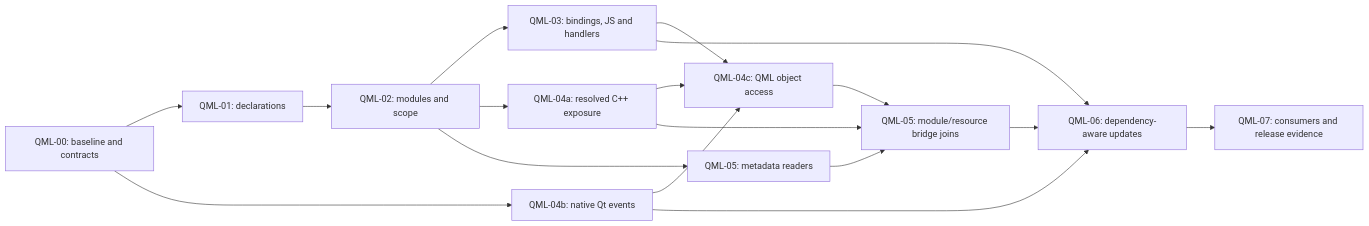
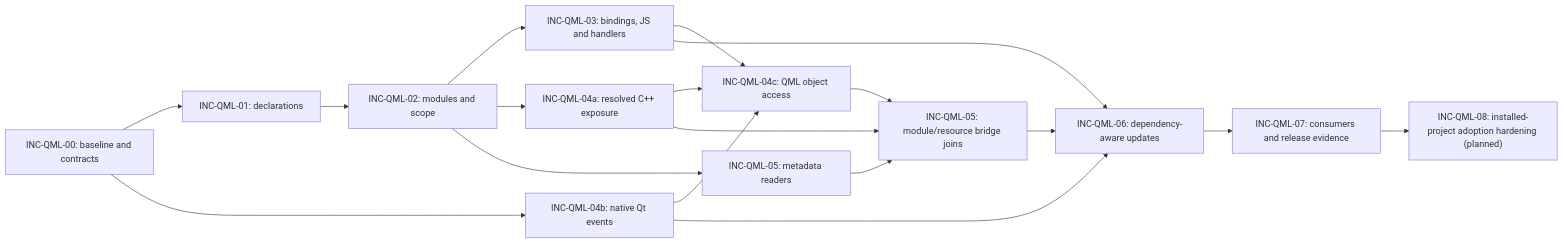
The diagram in docs/qt-qml/PLAN.md (Graphify-Labs/graphify), drawn with Mermaid before and after one commit. The commit also changed other lines of this file and 23 other files, not shown here.

Commit message:
feat: harden native Qt syntax and document adoption scope

````diff
--- a/docs/qt-qml/PLAN.md
+++ b/docs/qt-qml/PLAN.md
@@ -51,19 +61,20 @@
 ```mermaid
 flowchart LR
-    baseline["QML-00: baseline and contracts"] --> declarations["QML-01: declarations"]
-    declarations --> modules["QML-02: modules and scope"]
-    modules --> interactions["QML-03: bindings, JS and handlers"]
-    baseline --> events["QML-04b: native Qt events"]
-    modules --> exposure["QML-04a: resolved C++ exposure"]
-    modules --> readers["QML-05: metadata readers"]
-    interactions --> access["QML-04c: QML object access"]
+    baseline["INC-QML-00: baseline and contracts"] --> declarations["INC-QML-01: declarations"]
+    declarations --> modules["INC-QML-02: modules and scope"]
+    modules --> interactions["INC-QML-03: bindings, JS and handlers"]
+    baseline --> events["INC-QML-04b: native Qt events"]
+    modules --> exposure["INC-QML-04a: resolved C++ exposure"]
+    modules --> readers["INC-QML-05: metadata readers"]
+    interactions --> access["INC-QML-04c: QML object access"]
     exposure --> access
     events --> access
-    readers --> joined["QML-05: module/resource bridge joins"]
+    readers --> joined["INC-QML-05: module/resource bridge joins"]
     access --> joined
     exposure --> joined
-    joined --> updates["QML-06: dependency-aware updates"]
+    joined --> updates["INC-QML-06: dependency-aware updates"]
     interactions --> updates
     events --> updates
-    updates --> release["QML-07: consumers and release evidence"]
+    updates --> release["INC-QML-07: consumers and release evidence"]
+    release --> adoption["INC-QML-08: installed-project adoption hardening (planned)"]
 ```
````
